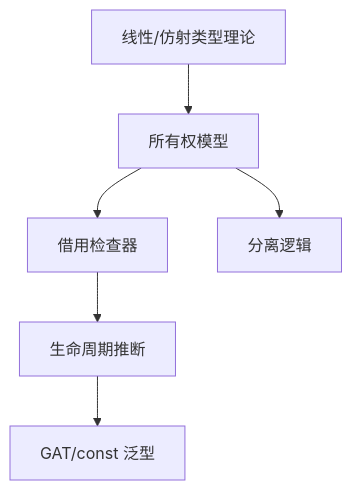
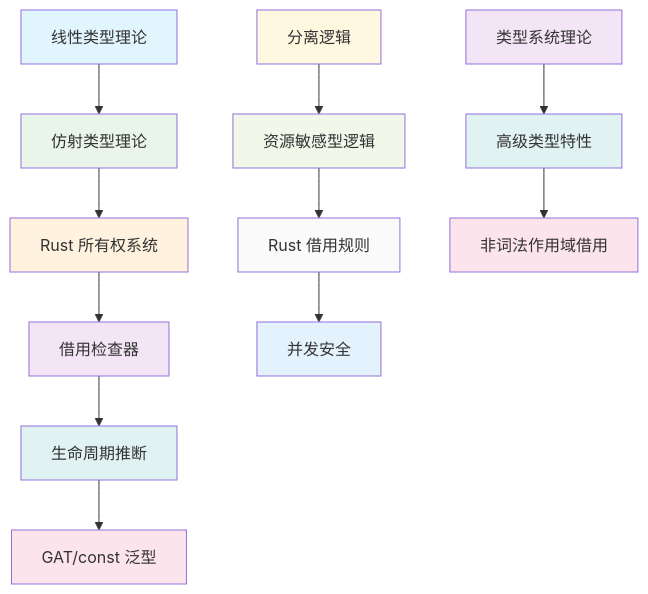
The first of 2 diagrams in formal_rust/refactor/01_core_theory/01_variable_system/07_theory_frontier_comparison.md (martin-ly/rust-lang), drawn with Mermaid before and after one commit. The commit also changed other lines of this file and 1 other file, not shown here.

````diff
--- a/formal_rust/refactor/01_core_theory/01_variable_system/07_theory_frontier_comparison.md
+++ b/formal_rust/refactor/01_core_theory/01_variable_system/07_theory_frontier_comparison.md
@@ -47,8 +380,29 @@
 ```mermaid
-flowchart TD
-    A[线性/仿射类型理论] --> B[所有权模型]
-    B --> C[借用检查器]
-    C --> D[生命周期推断]
-    D --> E[GAT/const 泛型]
-    B --> F[分离逻辑]
+graph TD
+    A[线性类型理论] --> B[仿射类型理论]
+    B --> C[Rust 所有权系统]
+    C --> D[借用检查器]
+    D --> E[生命周期推断]
+    E --> F[GAT/const 泛型]
+    
+    G[分离逻辑] --> H[资源敏感型逻辑]
+    H --> I[Rust 借用规则]
+    I --> J[并发安全]
+    
+    K[类型系统理论] --> L[高级类型特性]
+    L --> M[非词法作用域借用]
+    
+    style A fill:#e1f5fe
+    style B fill:#e8f5e8
+    style C fill:#fff3e0
+    style D fill:#f3e5f5
+    style E fill:#e0f2f1
+    style F fill:#fce4ec
+    style G fill:#fff8e1
+    style H fill:#f1f8e9
+    style I fill:#fafafa
+    style J fill:#e3f2fd
+    style K fill:#f3e5f5
+    style L fill:#e0f2f1
+    style M fill:#fce4ec
 ```
````
